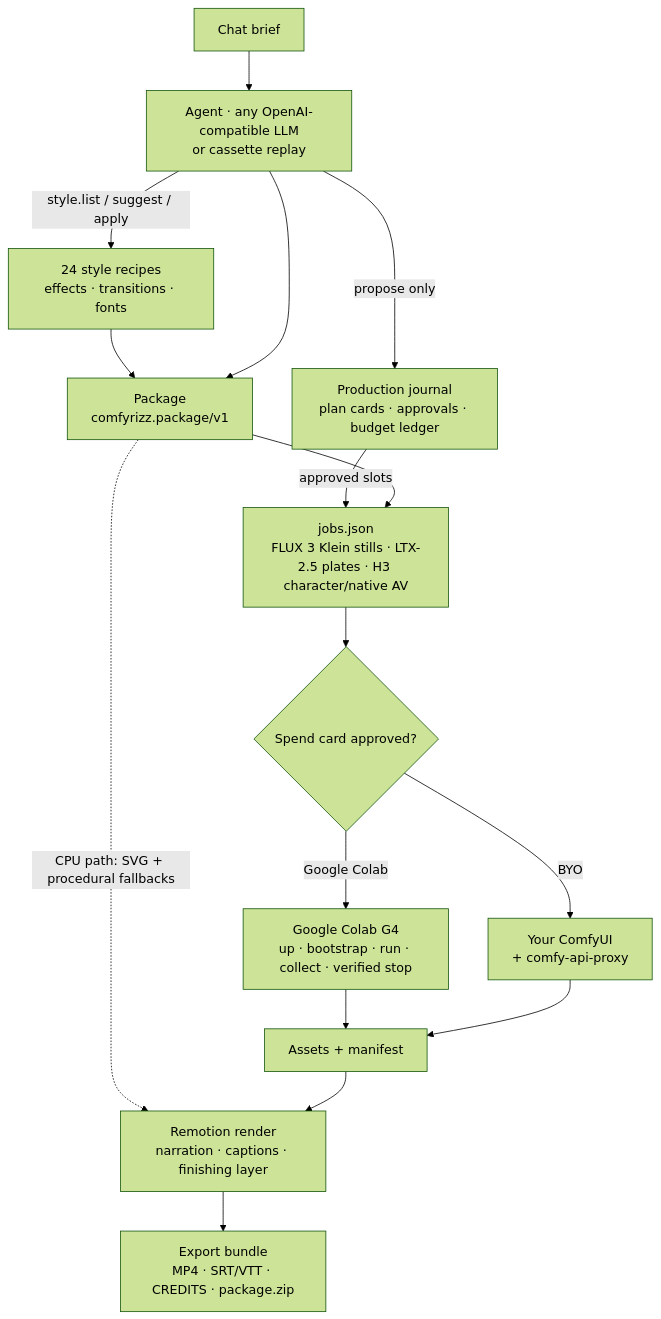
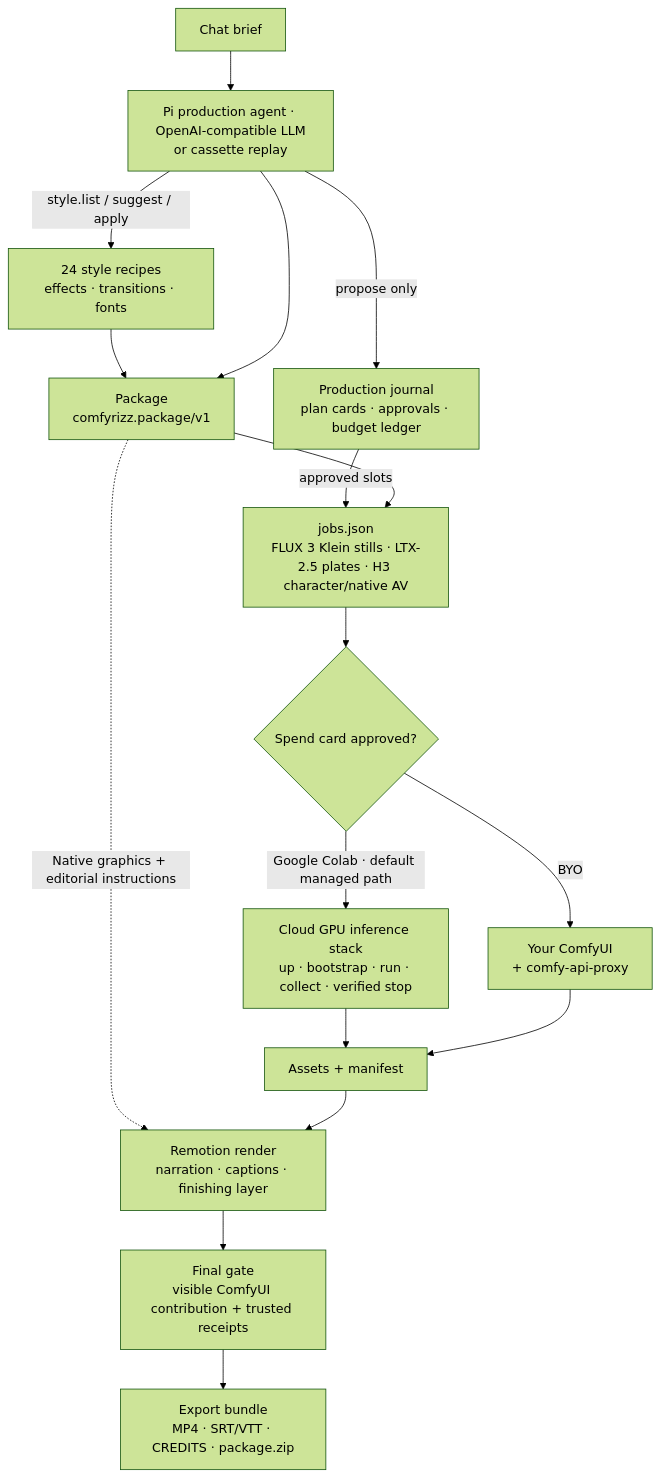
The diagram in README.md (mojomast/comfyrizz), drawn with Mermaid (forest theme) before and after one commit. The commit also changed other lines of this file and 478 other files, not shown here.

First line of the commit message:
Migrate production to Pi and harden Colab-backed film delivery (#62)

````diff
--- a/README.md
+++ b/README.md
@@ -230,18 +284,19 @@
 ```mermaid
 flowchart TD
-    A["Chat brief"] --> B["Agent · any OpenAI-compatible LLM<br/>or cassette replay"]
+    A["Chat brief"] --> B["Pi production agent · OpenAI-compatible LLM<br/>or cassette replay"]
     B -->|style.list / suggest / apply| R["24 style recipes<br/>effects · transitions · fonts"]
     R --> C
     B --> C["Package<br/>comfyrizz.package/v1"]
     B -->|"propose only"| P["Production journal<br/>plan cards · approvals · budget ledger"]
     P -->|"approved slots"| D
     C --> D["jobs.json<br/>FLUX 3 Klein stills · LTX-2.5 plates · H3 character/native AV"]
     D --> S{"Spend card approved?"}
-    S -->|Google Colab| E["Google Colab G4<br/>up · bootstrap · run · collect · verified stop"]
+    S -->|"Google Colab · default managed path"| E["Cloud GPU inference stack<br/>up · bootstrap · run · collect · verified stop"]
     S -->|BYO| F["Your ComfyUI<br/>+ comfy-api-proxy"]
     E --> G["Assets + manifest"]
     F --> G
-    C -.->|"CPU path: SVG + procedural fallbacks"| H
+    C -.->|"Native graphics + editorial instructions"| H
     G --> H["Remotion render<br/>narration · captions · finishing layer"]
-    H --> I["Export bundle<br/>MP4 · SRT/VTT · CREDITS · package.zip"]
+    H --> V["Final gate<br/>visible ComfyUI contribution + trusted receipts"]
+    V --> I["Export bundle<br/>MP4 · SRT/VTT · CREDITS · package.zip"]
 ```
````
